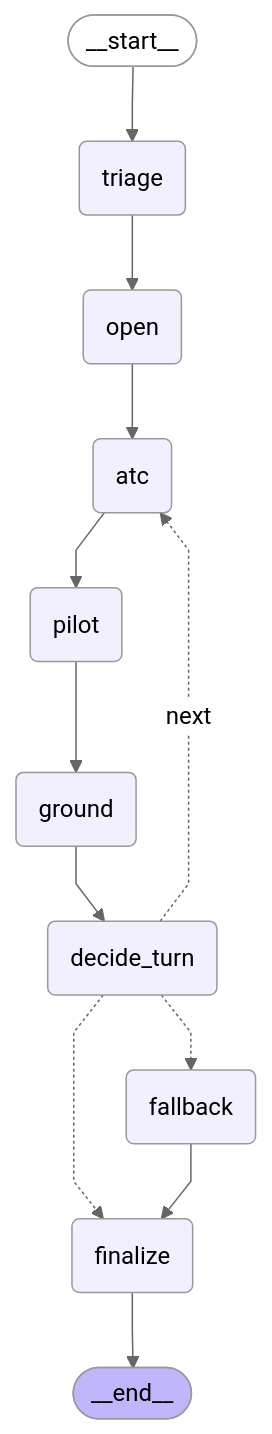
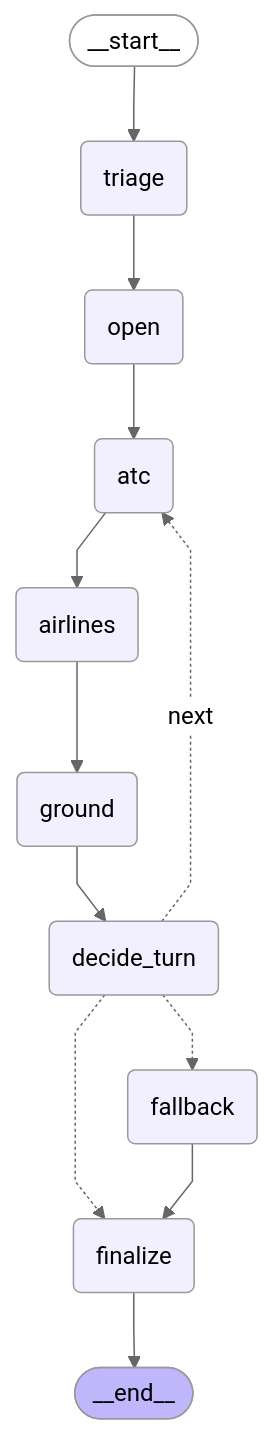
Before and after one commit to zhihaohong52/final_approach: the second of 2 diagrams in README.md, drawn with Mermaid (neutral theme). The commit also changed other lines of this file and 3 other files, not shown here.

First line of the commit message:
docs: airline agents, pilot UNABLE, the three-agent deviation and v4-airlines numbers

````diff
--- a/README.md
+++ b/README.md
@@ -102,32 +120,32 @@
 ```mermaid
 ---
 config:
   flowchart:
     curve: linear
 ---
 graph TD;
 	__start__([<p>__start__</p>]):::first
 	triage(triage)
 	open(open)
 	atc(atc)
-	pilot(pilot)
+	airlines(airlines)
 	ground(ground)
 	decide_turn(decide_turn)
 	fallback(fallback)
 	finalize(finalize)
 	__end__([<p>__end__</p>]):::last
 	__start__ --> triage;
-	atc --> pilot;
+	airlines --> ground;
+	atc --> airlines;
 	decide_turn -. &nbsp;next&nbsp; .-> atc;
 	decide_turn -.-> fallback;
 	decide_turn -.-> finalize;
 	fallback --> finalize;
 	ground --> decide_turn;
 	open --> atc;
-	pilot --> ground;
 	triage --> open;
 	finalize --> __end__;
 	classDef default fill:#f2f0ff,line-height:1.2
 	classDef first fill-opacity:0
 	classDef last fill:#bfb6fc
 ```
````
